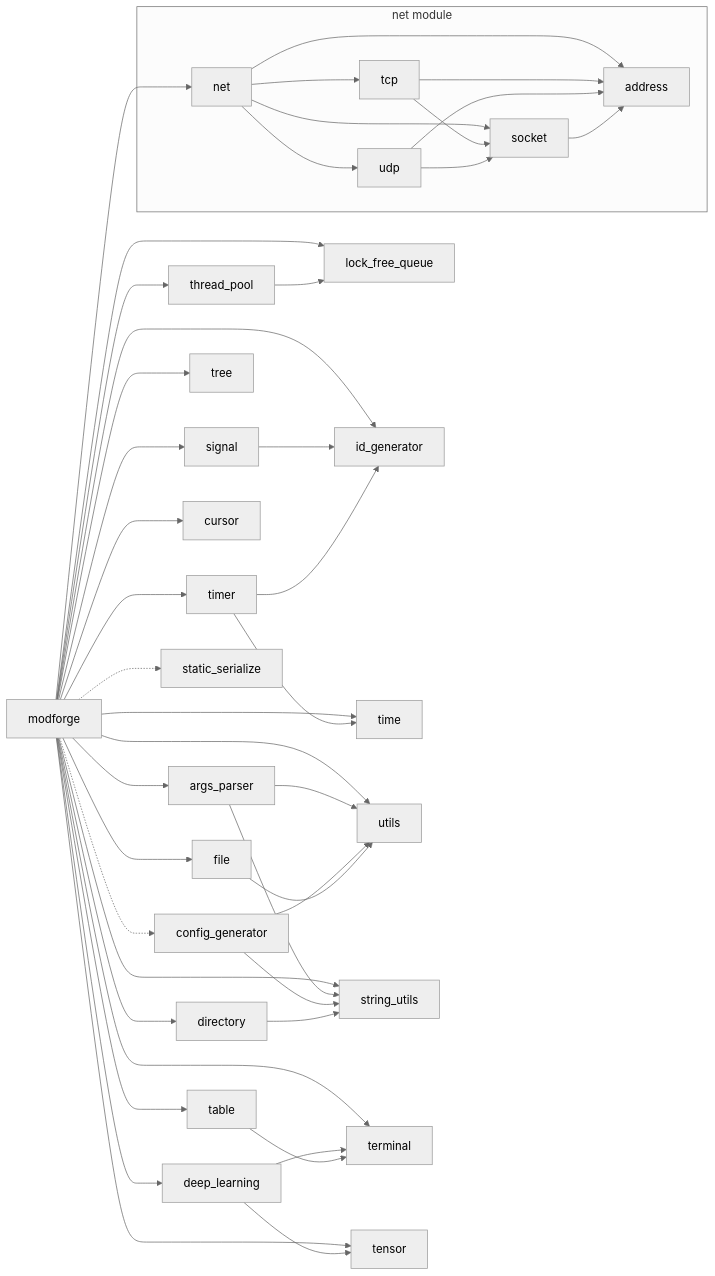
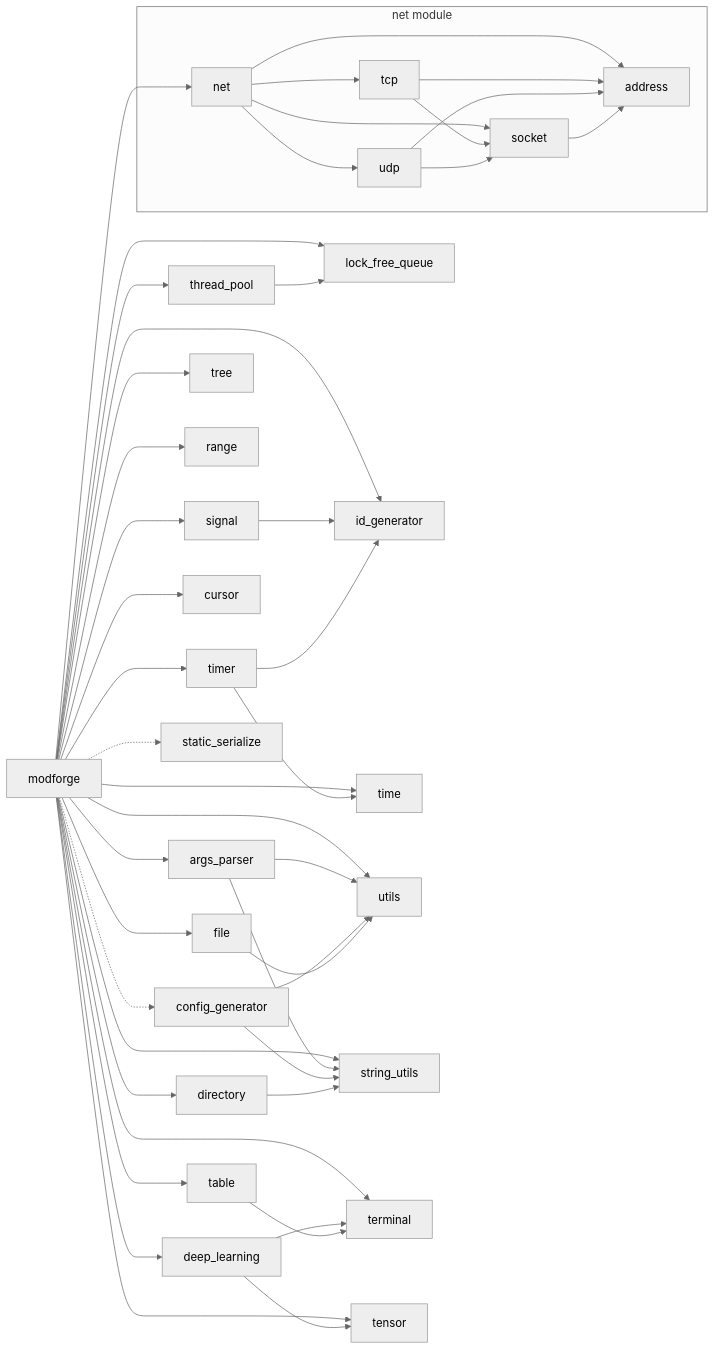
Before and after one commit to hexne/modforge: the diagram in README.md, drawn with Mermaid (neutral theme). The commit also changed other lines of this file and 5 other files, not shown here.

````diff
--- a/README.md
+++ b/README.md
@@ -67,50 +68,51 @@
 ```mermaid
 graph LR
     modforge --> args_parser
     modforge --> directory
     modforge --> file
     modforge --> lock_free_queue
     modforge --> id_generator
     modforge --> thread_pool
     modforge --> time
     modforge --> timer
     modforge --> tree
+    modforge --> range
     modforge --> utils
     modforge --> string_utils
     modforge --> signal
     modforge --> terminal
     modforge --> cursor
     modforge --> table
     modforge -.-> static_serialize
     modforge -.-> config_generator
     modforge --> net
     modforge --> tensor
     modforge --> deep_learning
 
     deep_learning --> tensor
     deep_learning --> terminal
 
     args_parser --> string_utils
     args_parser --> utils
     config_generator --> string_utils
     config_generator --> utils
     directory --> string_utils
     file --> utils
     thread_pool --> lock_free_queue
     signal --> id_generator
     timer --> id_generator
     timer --> time
     table --> terminal
 
     subgraph "net module"
         net --> tcp
         net --> udp
         net --> socket
         net --> address
         tcp --> socket
         tcp --> address
         udp --> socket
         udp --> address
         socket --> address
     end
 ```
````
